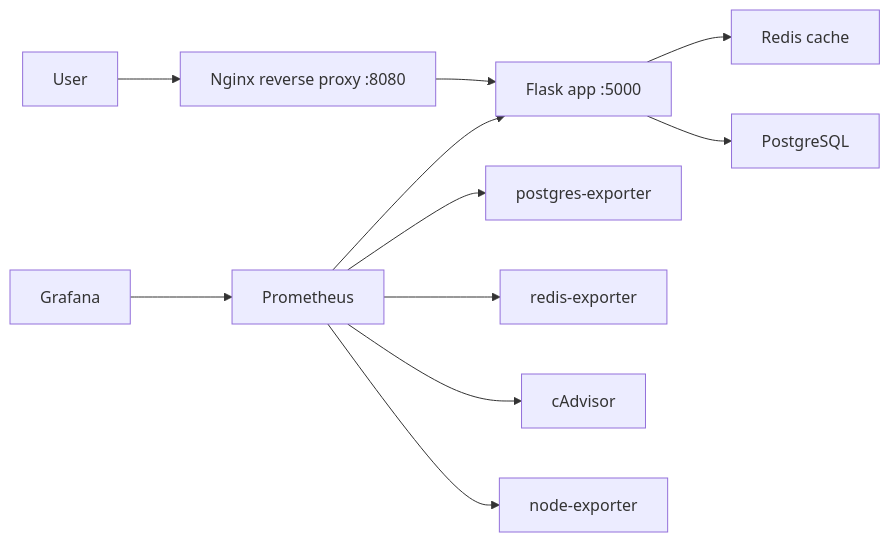
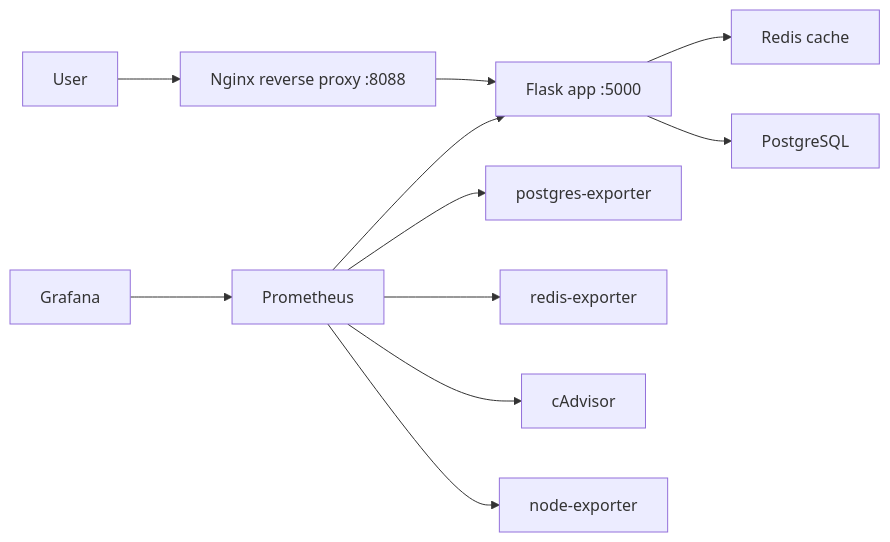
Before and after one commit to x2slow4u/my-app: the diagram in docs/architecture.md, drawn with Mermaid. The commit also changed other lines of this file and 4 other files, not shown here.

Commit message:
Move nginx proxy to port 8088

````diff
--- a/docs/architecture.md
+++ b/docs/architecture.md
@@ -22,13 +22,13 @@
 ```mermaid
 flowchart LR
-    User["User"] --> Nginx["Nginx reverse proxy :8080"]
+    User["User"] --> Nginx["Nginx reverse proxy :8088"]
     Nginx --> Web["Flask app :5000"]
     Web --> Redis["Redis cache"]
     Web --> DB["PostgreSQL"]
     Prom["Prometheus"] --> Web
     Prom --> PgExp["postgres-exporter"]
     Prom --> RedisExp["redis-exporter"]
     Prom --> CAdvisor["cAdvisor"]
     Prom --> NodeExp["node-exporter"]
     Grafana["Grafana"] --> Prom
 ```
````
